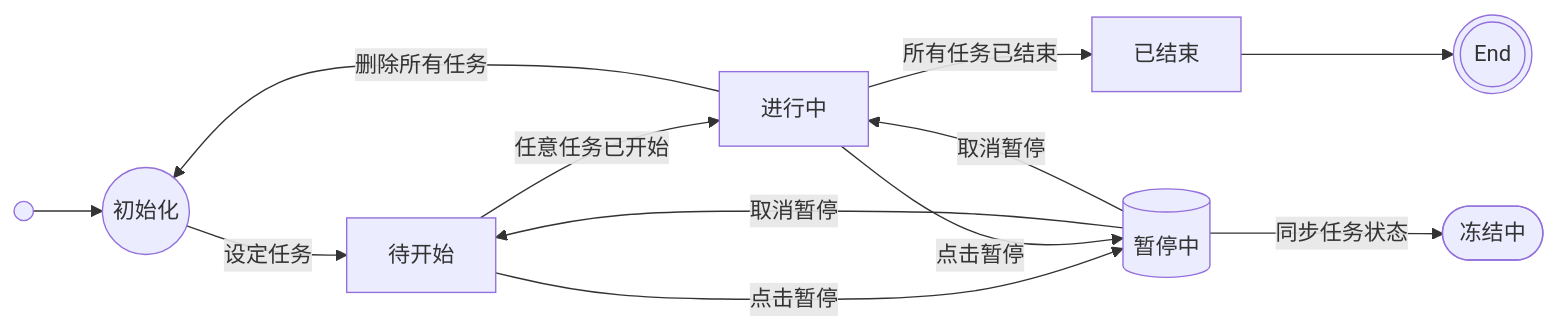
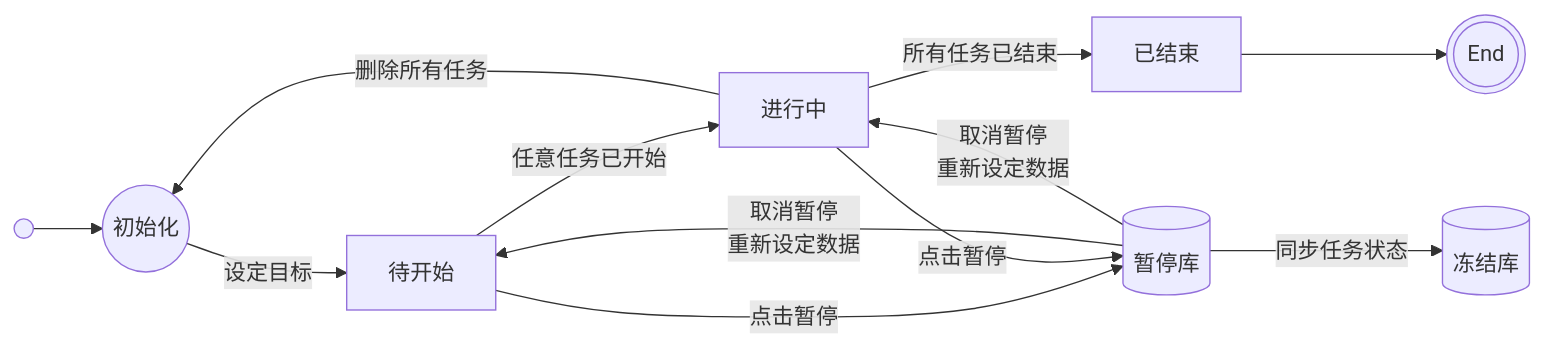
The first of 7 diagrams in docs/program/weapp-connor.md (Junlin-Robin/wz_study), drawn with Mermaid before and after one commit. The commit also changed other lines of this file, not shown here.

````diff
--- a/docs/program/weapp-connor.md
+++ b/docs/program/weapp-connor.md
@@ -76,14 +75,14 @@
 ```mermaid
 graph LR
 A@{ shape: sm-circ, label: "Start" }
 E@{ shape: dbl-circ, label: "End" }
-A --> a((初始化)) --> |设定任务| b[待开始] --> |任意任务已开始| d[进行中]
+A --> a((初始化)) --> |设定目标| b[待开始] --> |任意任务已开始| d[进行中]
 d --> |删除所有任务| a
 d --> |所有任务已结束| e[已结束]
-b --> |点击暂停| f[(暂停中)]
-f --> |取消暂停| b
+b --> |点击暂停| f[(暂停库)]
+f --> |取消暂停<br/>重新设定数据| b
 d --> |点击暂停| f
-f --> |取消暂停| d
-f --> |同步任务状态| task([冻结中])
+f --> |取消暂停<br/>重新设定数据| d
+f --> |同步任务状态| task[(冻结库)]
 e --> E
 ```
````
